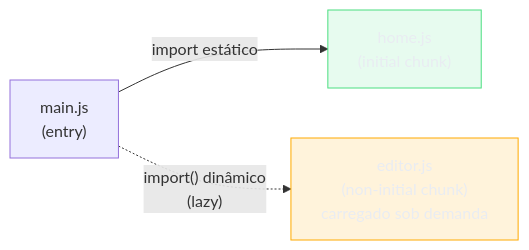
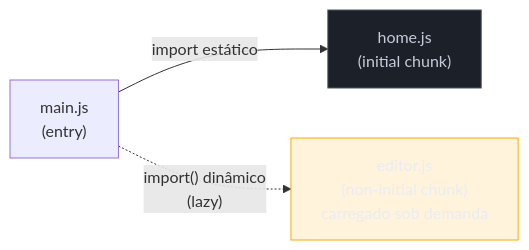
The fifth of 10 diagrams in 03-Dominios/Tecnologia/Tooling e Build/07 - O grafo de módulos e o que é bundling.md (josenaldo/codex-technomanticus), drawn with Mermaid before and after one commit. The commit also changed other lines of this file and 601 other files, not shown here.

````diff
--- a/03-Dominios/Tecnologia/Tooling e Build/07 - O grafo de módulos e o que é bundling.md
+++ b/03-Dominios/Tecnologia/Tooling e Build/07 - O grafo de módulos e o que é bundling.md
@@ -508,14 +509,14 @@
 ```mermaid
 graph LR
+    classDef neutro fill:#1B2029,stroke:#4E5666,color:#C6CCD8
     classDef destaque fill:#FFAA0024,stroke:#FFAA00,color:#E9ECF2
-    classDef ok fill:#4ADE8021,stroke:#4ADE80,color:#E9ECF2
     ENTRY["main.js\n(entry)"]
     HOME["home.js\n(initial chunk)"]
     EDITOR["editor.js\n(non-initial chunk)\ncarregado sob demanda"]
 
     ENTRY -->|"import estático"| HOME
     ENTRY -.->|"import() dinâmico\n(lazy)"| EDITOR
 
     class EDITOR destaque
-    class HOME ok
+    class HOME neutro
 ```
````
